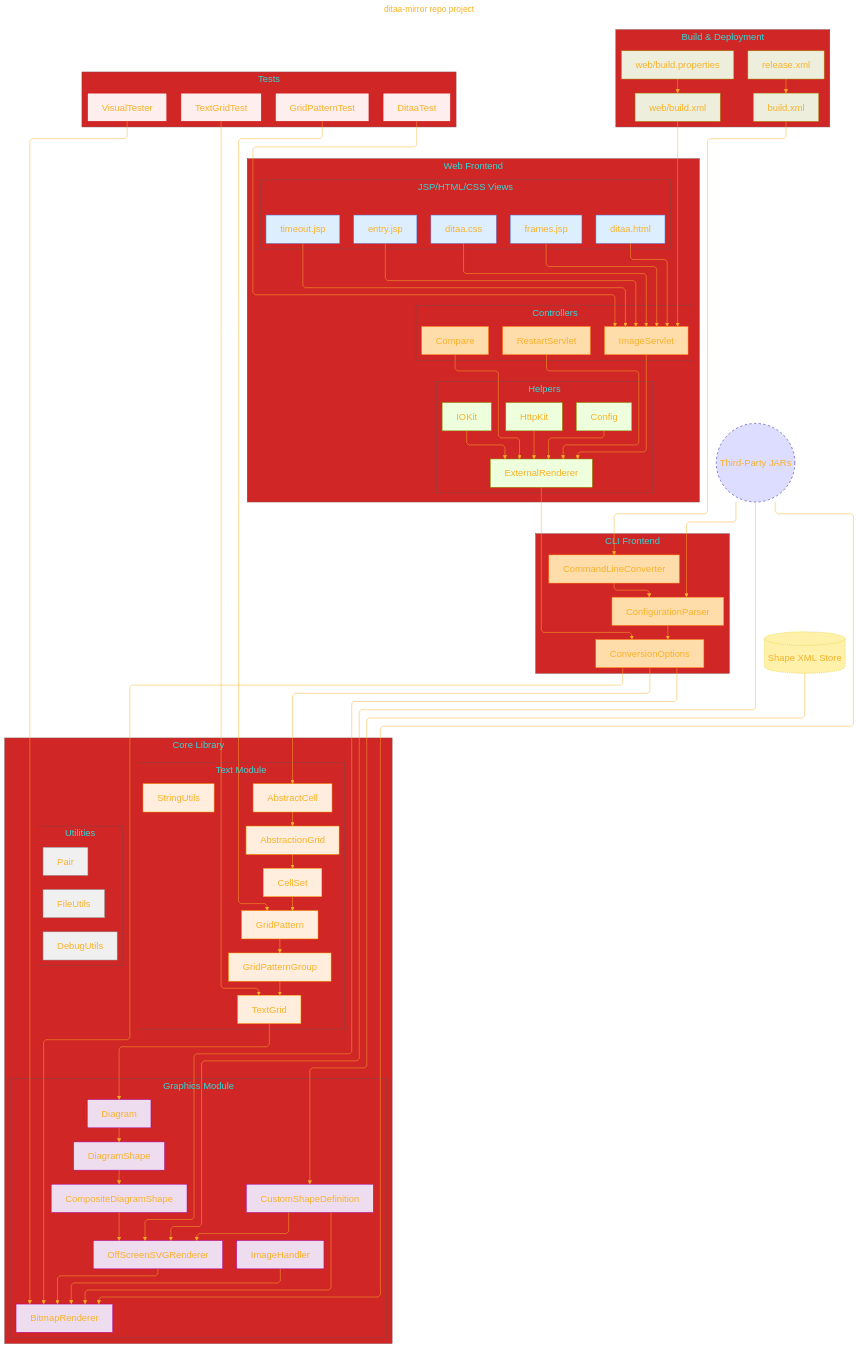
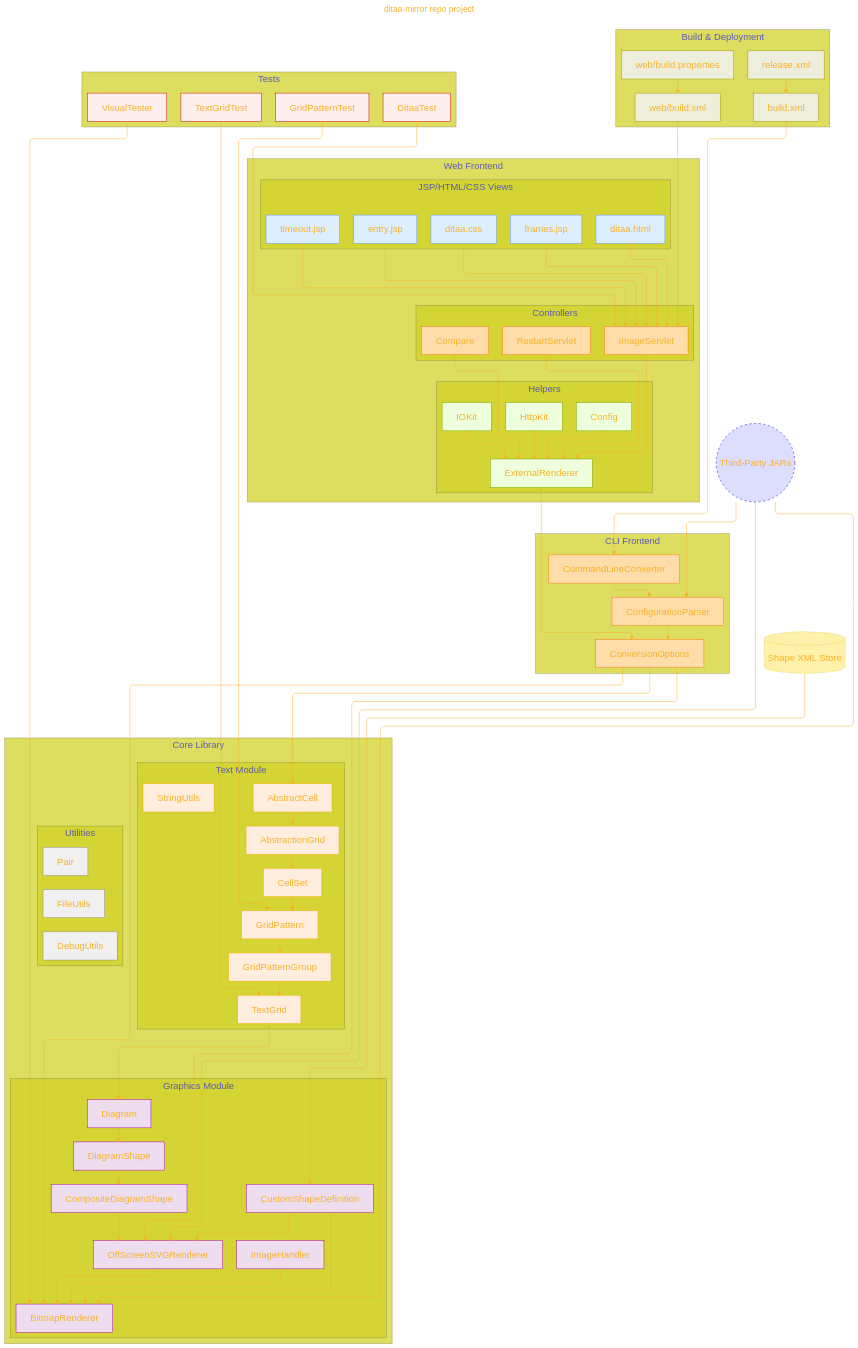
One commit to CongLeSolutionX/ditaa-mirror changed the diagram in README.md. Above: the diagram before and after it, drawn with Mermaid.

```diff
--- a/README.md
+++ b/README.md
@@ -29,7 +29,7 @@
     'flowchart': { 'htmlLabels': true, 'curve': 'linear' },
     'fontFamily': 'Andale Mono, monospace',
     'themeVariables': {
-      'primaryColor': '#2BB',
+      'primaryColor': '#22BB',
       'primaryTextColor': '#F8B229',
       'lineColor': '#F8B229',
       'primaryBorderColor': '#27AE60',
```
